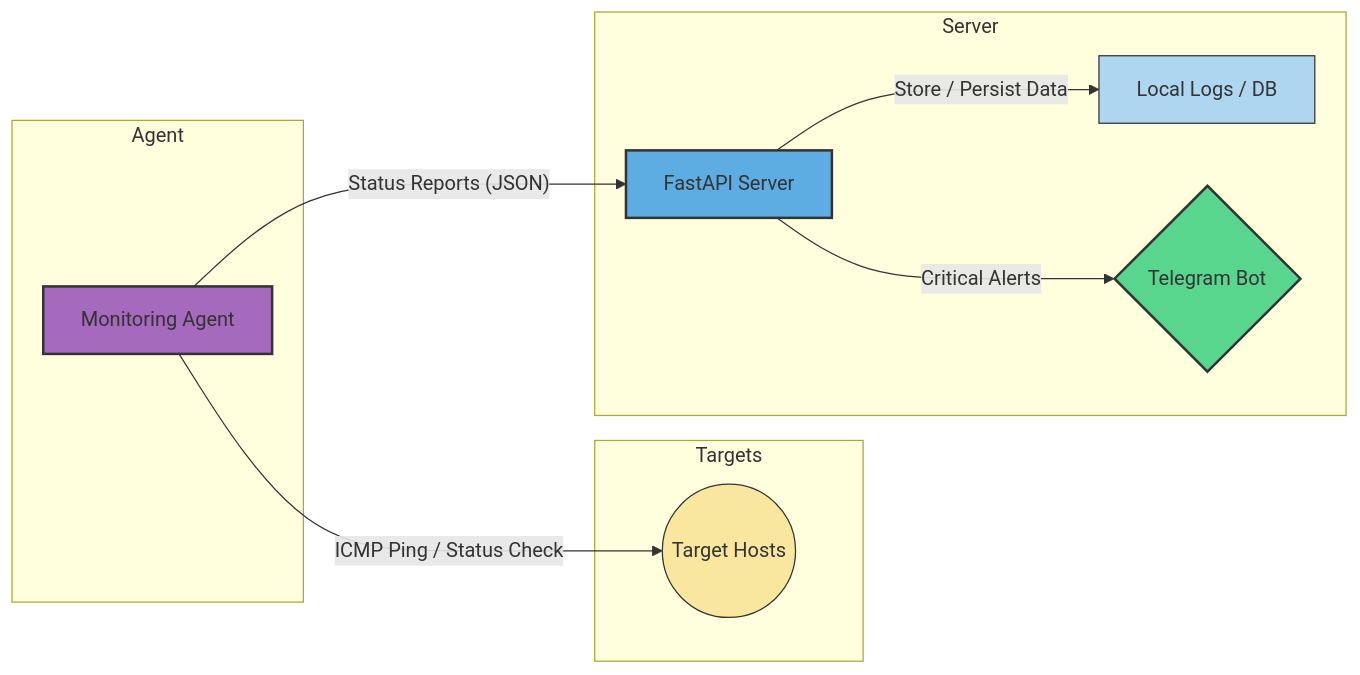
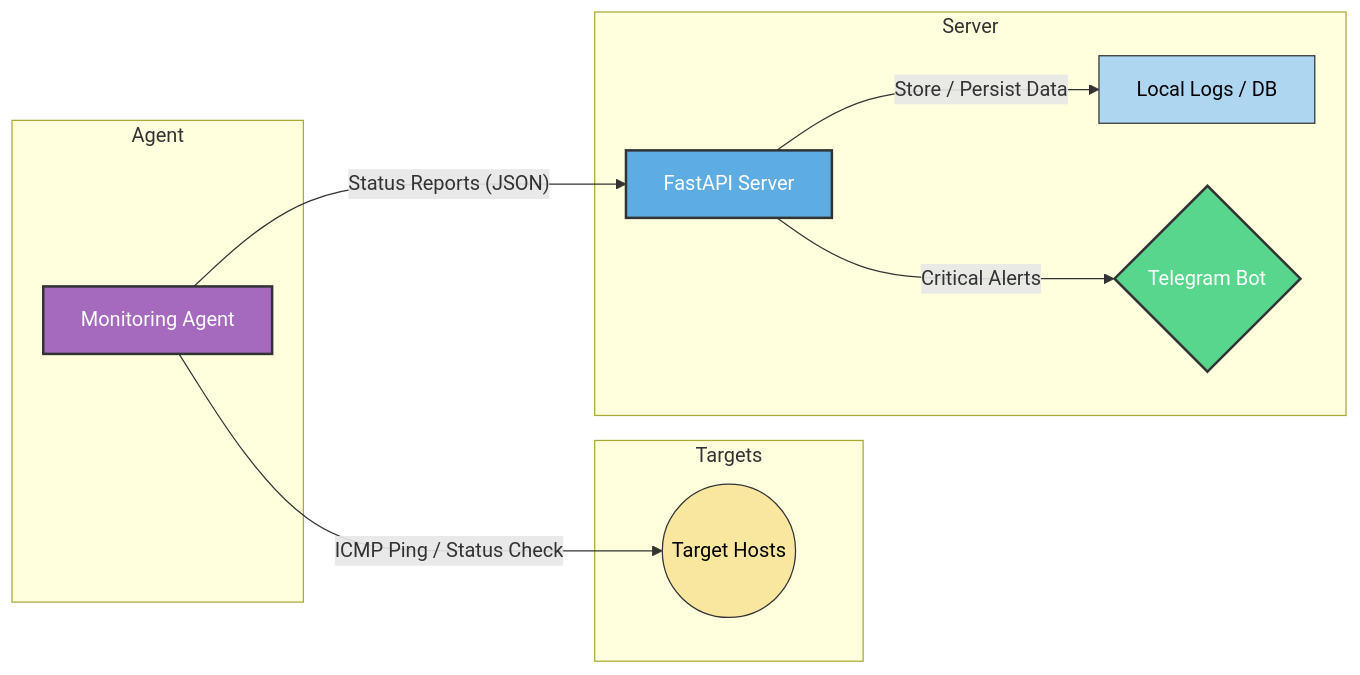
Before and after one commit to maksim-kameko/distributed-network-monitor: the diagram in README.md, drawn with Mermaid.

Commit message:
Update styles for dark and light backgrounds

````diff
--- a/README.md
+++ b/README.md
@@ -18,29 +18,29 @@
 ```mermaid
 graph LR
     subgraph Agent
         A[Monitoring Agent] 
     end
 
     subgraph Targets
         B((Target Hosts))
     end
 
     subgraph Server
         C[FastAPI Server]
         D[Local Logs / DB]
         E{Telegram Bot}
     end
 
     %% Flow
     A -- "ICMP Ping / Status Check" --> B
     A -- "Status Reports (JSON)" --> C
     C -- "Store / Persist Data" --> D
     C -- "Critical Alerts" --> E
 
-    %% Style with high contrast
-    style A fill:#a569bd,stroke:#333,stroke-width:2px
-    style B fill:#f9e79f,stroke:#333,stroke-width:1px
-    style C fill:#5dade2,stroke:#333,stroke-width:2px
-    style D fill:#aed6f1,stroke:#333,stroke-width:1px
-    style E fill:#58d68d,stroke:#333,stroke-width:2px
+    %% Style with WHITE text for dark backgrounds and BLACK for light ones
+    style A fill:#a569bd,stroke:#333,stroke-width:2px,color:#fff
+    style B fill:#f9e79f,stroke:#333,stroke-width:1px,color:#000
+    style C fill:#5dade2,stroke:#333,stroke-width:2px,color:#fff
+    style D fill:#aed6f1,stroke:#333,stroke-width:1px,color:#000
+    style E fill:#58d68d,stroke:#333,stroke-width:2px,color:#fff
 ```
````
